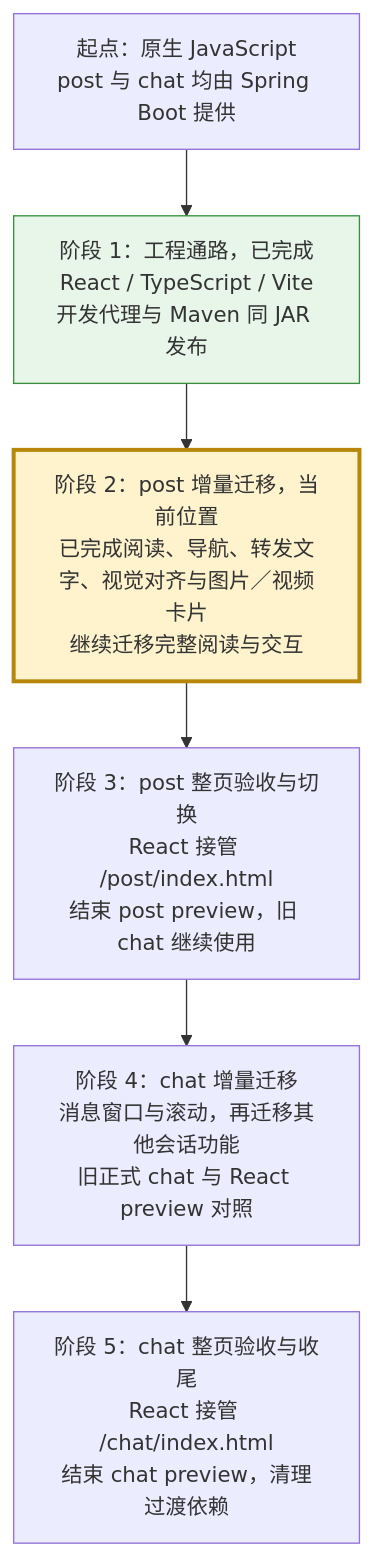
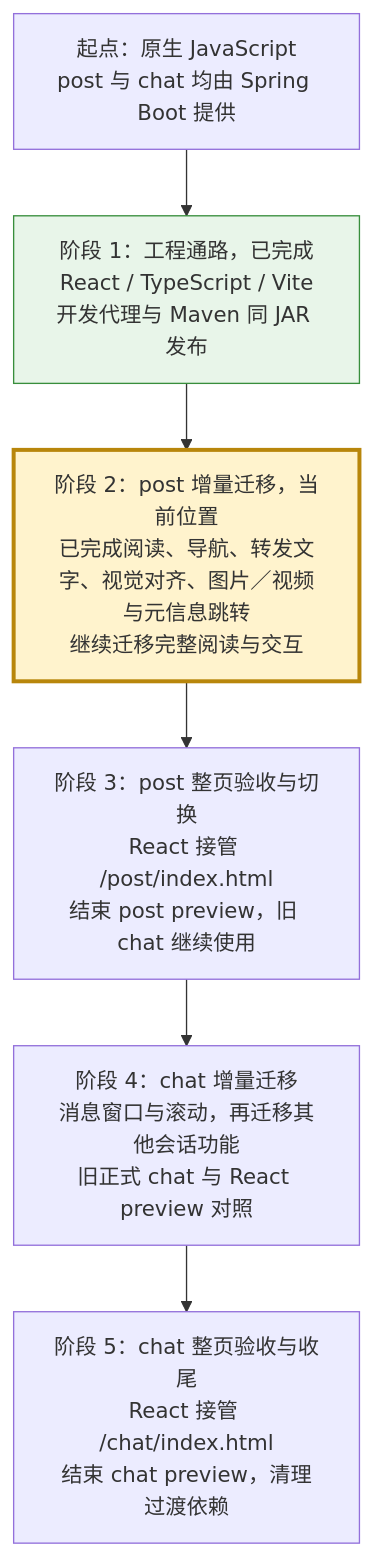
Before and after one commit to findxyz/vb-weibo-plus: the diagram in .scratch/react-migration/PLAN.md, drawn with Mermaid. The commit also changed other lines of this file and 1 other file, not shown here.

Commit message:
docs: resolve React post metadata ticket and update roadmap

````diff
--- a/.scratch/react-migration/PLAN.md
+++ b/.scratch/react-migration/PLAN.md
@@ -11,14 +11,14 @@
 ```mermaid
 flowchart TD
     A["起点：原生 JavaScript<br/>post 与 chat 均由 Spring Boot 提供"]
     B["阶段 1：工程通路，已完成<br/>React / TypeScript / Vite<br/>开发代理与 Maven 同 JAR 发布"]
-    C["阶段 2：post 增量迁移，当前位置<br/>已完成阅读、导航、转发文字、视觉对齐与图片／视频卡片<br/>继续迁移完整阅读与交互"]
+    C["阶段 2：post 增量迁移，当前位置<br/>已完成阅读、导航、转发文字、视觉对齐、图片／视频与元信息跳转<br/>继续迁移完整阅读与交互"]
     D["阶段 3：post 整页验收与切换<br/>React 接管 /post/index.html<br/>结束 post preview，旧 chat 继续使用"]
     E["阶段 4：chat 增量迁移<br/>消息窗口与滚动，再迁移其他会话功能<br/>旧正式 chat 与 React preview 对照"]
     F["阶段 5：chat 整页验收与收尾<br/>React 接管 /chat/index.html<br/>结束 chat preview，清理过渡依赖"]
     A --> B --> C --> D --> E --> F
     classDef complete fill:#e8f5e9,stroke:#388e3c
     classDef current fill:#fff3cd,stroke:#b8860b,stroke-width:3px
     class B complete
     class C current
 ```
````
